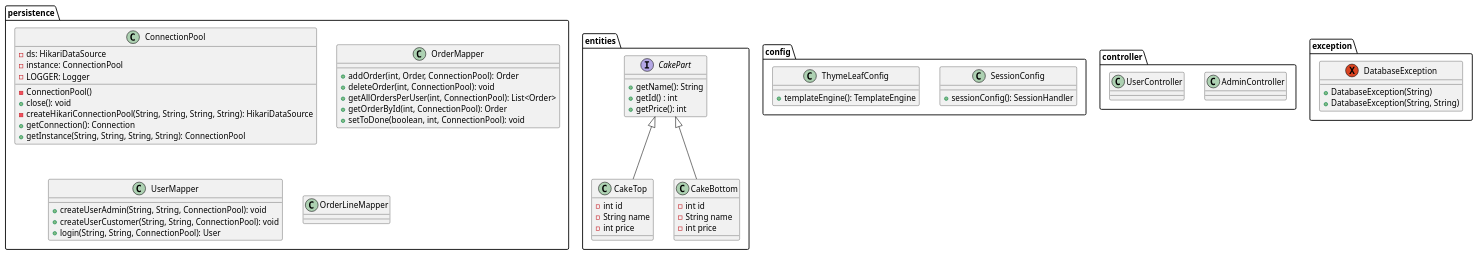
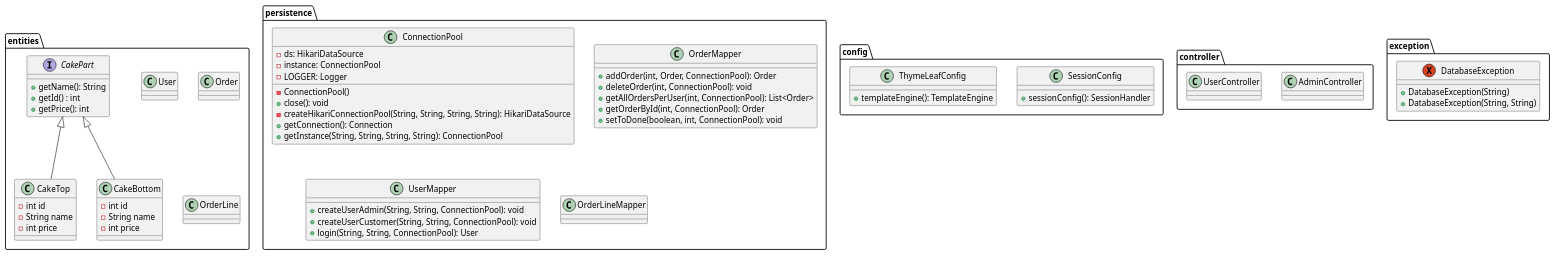
One commit to JosefBenjamin/OlskerCupcakes changed the diagram in src/main/resources/diagrams/Class.puml. Above: the diagram before and after it, drawn with PlantUML. The commit also changed 15 other files, not shown here.

```diff
--- a/src/main/resources/diagrams/Class.puml
+++ b/src/main/resources/diagrams/Class.puml
@@ -1,78 +1,89 @@
 @startuml
 'https://plantuml.com/class-diagram
 package "entities"{
 interface CakePart {
 + getName(): String
 + getId() : int
 + getPrice(): int
 }
 class CakeTop extends CakePart{
                                 -int id
                                 -String name
                                 -int price
                                 }
 class CakeBottom extends CakePart{
                                  -int id
                                  -String name
                                  -int price
                                  }
+
+class User {
+}
+
+class Order {
+}
+
+class OrderLine {
+}
+
+
 }
 
 package "config"{
 class SessionConfig{
 + sessionConfig(): SessionHandler
 }
 
 class ThymeLeafConfig{
 + templateEngine(): TemplateEngine
 }
 }
 
 package "controller"{
 class AdminController{
 
 }
 class UserController{
 
 }
 }
 
 package "exception"{
 
 Exception DatabaseException{
 + DatabaseException(String)
 + DatabaseException(String, String)
 }
 }
 
 package "persistence"{
 class ConnectionPool{
 - ds: HikariDataSource
 - instance: ConnectionPool
 - LOGGER: Logger
 
 - ConnectionPool()
 + close(): void
 - createHikariConnectionPool(String, String, String, String): HikariDataSource
 + getConnection(): Connection
 + getInstance(String, String, String, String): ConnectionPool
 }
 
 class OrderMapper{
 + addOrder(int, Order, ConnectionPool): Order
 + deleteOrder(int, ConnectionPool): void
 + getAllOrdersPerUser(int, ConnectionPool): List<Order>
 + getOrderById(int, ConnectionPool): Order
 + setToDone(boolean, int, ConnectionPool): void
 }
 
 class UserMapper{
 + createUserAdmin(String, String, ConnectionPool): void
 + createUserCustomer(String, String, ConnectionPool): void
 + login(String, String, ConnectionPool): User
 }
 
 class OrderLineMapper{
 
 }
 @enduml
```
